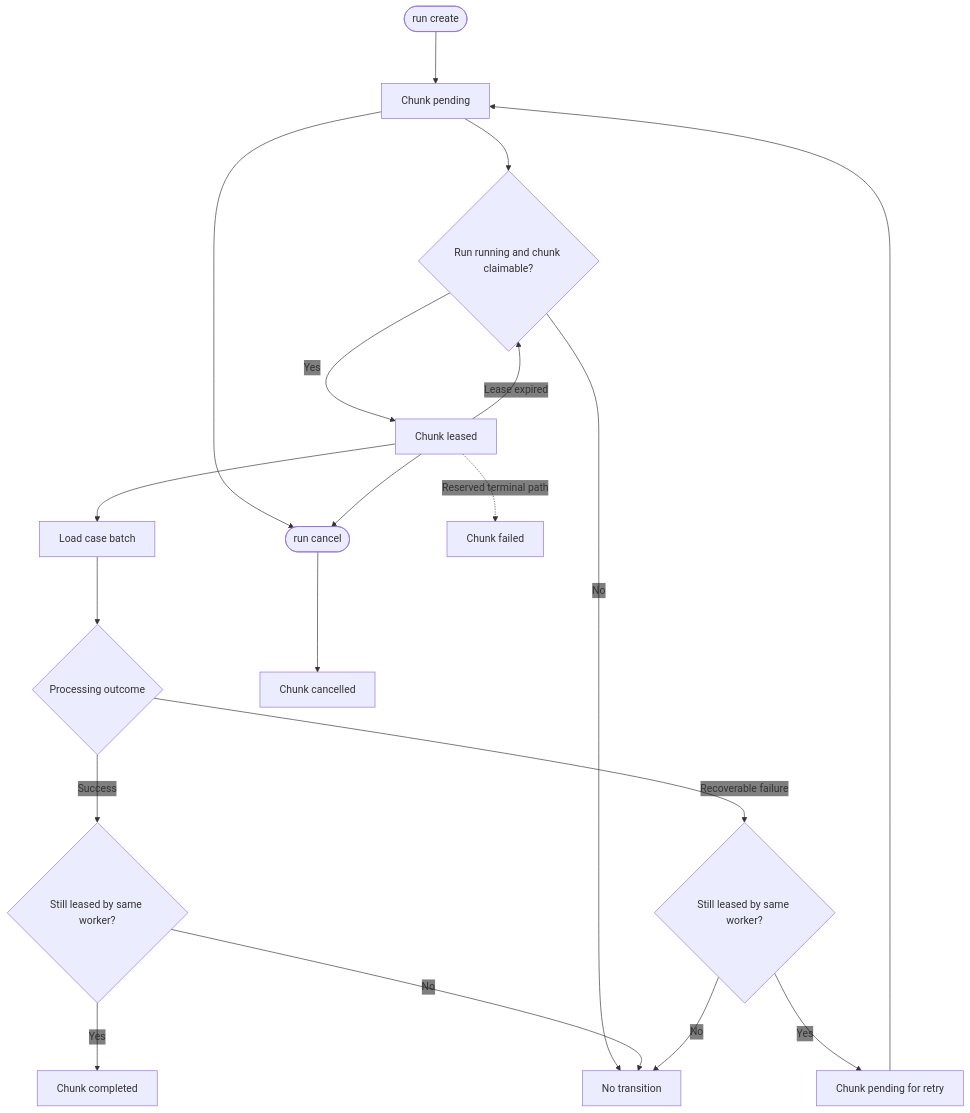
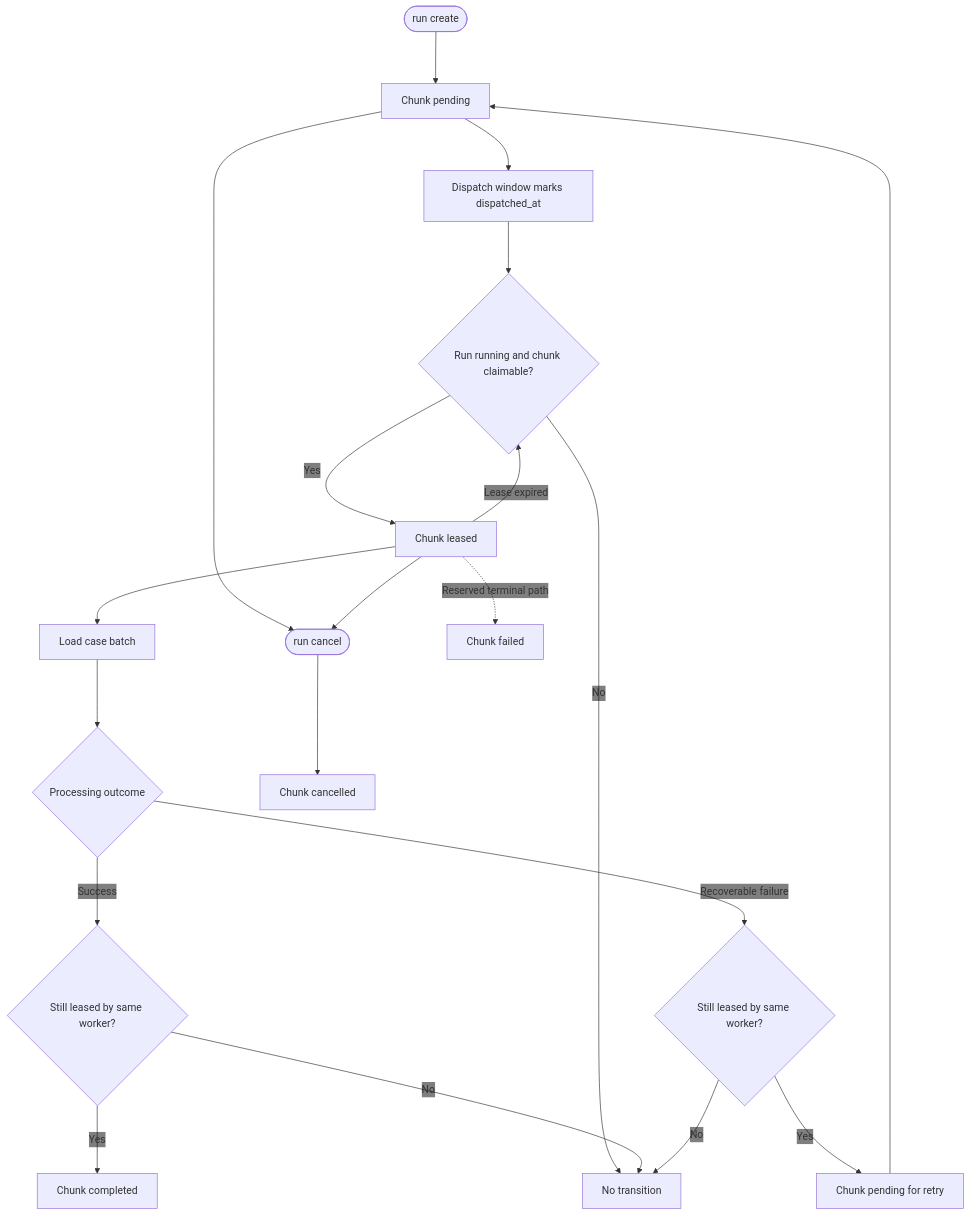
The diagram in web/docs/architecture/state/chunk-lifecycle/diagram.mmd (gregl83/agent-vigilo), drawn with Mermaid before and after one commit. The commit also changed 19 other files, not shown here.

```diff
--- a/web/docs/architecture/state/chunk-lifecycle/diagram.mmd
+++ b/web/docs/architecture/state/chunk-lifecycle/diagram.mmd
@@ -1,50 +1,51 @@
 ---
 config:
   flowchart:
     nodeSpacing: 150
     rankSpacing: 80
   themeVariables:
     edgeLabelBackground: 'transparent'
 ---
 flowchart TD
     Create([run create])
     Pending[Chunk pending]
+    Dispatch[Dispatch window marks dispatched_at]
     ClaimGuard{Run running and chunk claimable?}
     Leased[Chunk leased]
     LoadCases[Load case batch]
     Process{Processing outcome}
     CompleteGuard{Still leased by same worker?}
     Completed[Chunk completed]
     ReleaseGuard{Still leased by same worker?}
     Requeued[Chunk pending for retry]
     Cancel([run cancel])
     Cancelled[Chunk cancelled]
     Failed[Chunk failed]
     Noop[No transition]
 
     Create --> Pending
 
-    Pending --> ClaimGuard
+    Pending --> Dispatch --> ClaimGuard
     Leased -->|Lease expired| ClaimGuard
     ClaimGuard -- Yes --> Leased --> LoadCases --> Process
     ClaimGuard -- No --> Noop
 
     Process -- Success --> CompleteGuard
     CompleteGuard -- Yes --> Completed
     CompleteGuard -- No --> Noop
 
     Process -- Recoverable failure --> ReleaseGuard
     ReleaseGuard -- Yes --> Requeued --> Pending
     ReleaseGuard -- No --> Noop
 
     Pending --> Cancel
     Leased --> Cancel
     Cancel --> Cancelled
 
     Leased -. Reserved terminal path .-> Failed
 
     class Create,Cancel command
-    class Pending,Leased,ClaimGuard,LoadCases,Process,CompleteGuard,ReleaseGuard,Requeued system
+    class Pending,Dispatch,Leased,ClaimGuard,LoadCases,Process,CompleteGuard,ReleaseGuard,Requeued system
     class Completed success
     class Cancelled,Failed error
     class Noop component
```
